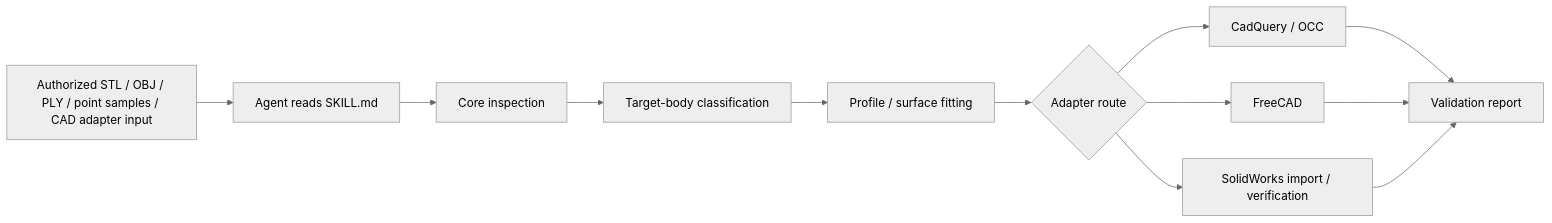
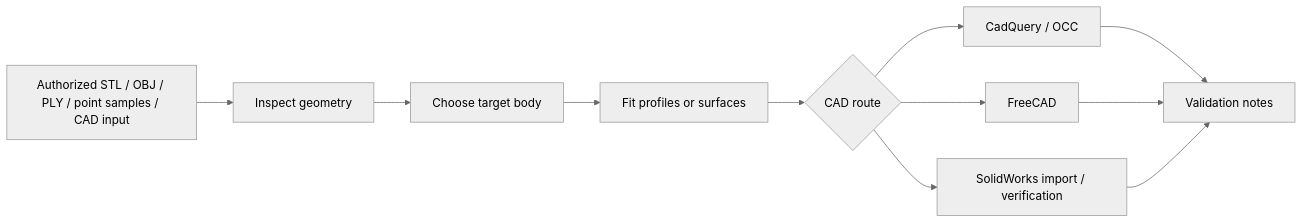
One commit to 18871379330/curved-surface-reconstruction changed the first of 2 diagrams in README.md. Above: the diagram before and after it, drawn with Mermaid (neutral theme). The commit also changed other lines of this file, not shown here.

````diff
--- a/README.md
+++ b/README.md
@@ -98,14 +97,13 @@
 ```mermaid
 graph LR
-  A[Authorized STL / OBJ / PLY / point samples / CAD adapter input] --> B[Agent reads SKILL.md]
-  B --> C[Core inspection]
-  C --> D[Target-body classification]
-  D --> E[Profile / surface fitting]
-  E --> F{Adapter route}
-  F --> G[CadQuery / OCC]
-  F --> H[FreeCAD]
-  F --> I[SolidWorks import / verification]
-  G --> J[Validation report]
-  H --> J
-  I --> J
+  A[Authorized STL / OBJ / PLY / point samples / CAD input] --> B[Inspect geometry]
+  B --> C[Choose target body]
+  C --> D[Fit profiles or surfaces]
+  D --> E{CAD route}
+  E --> F[CadQuery / OCC]
+  E --> G[FreeCAD]
+  E --> H[SolidWorks import / verification]
+  F --> I[Validation notes]
+  G --> I
+  H --> I
 ```
````
